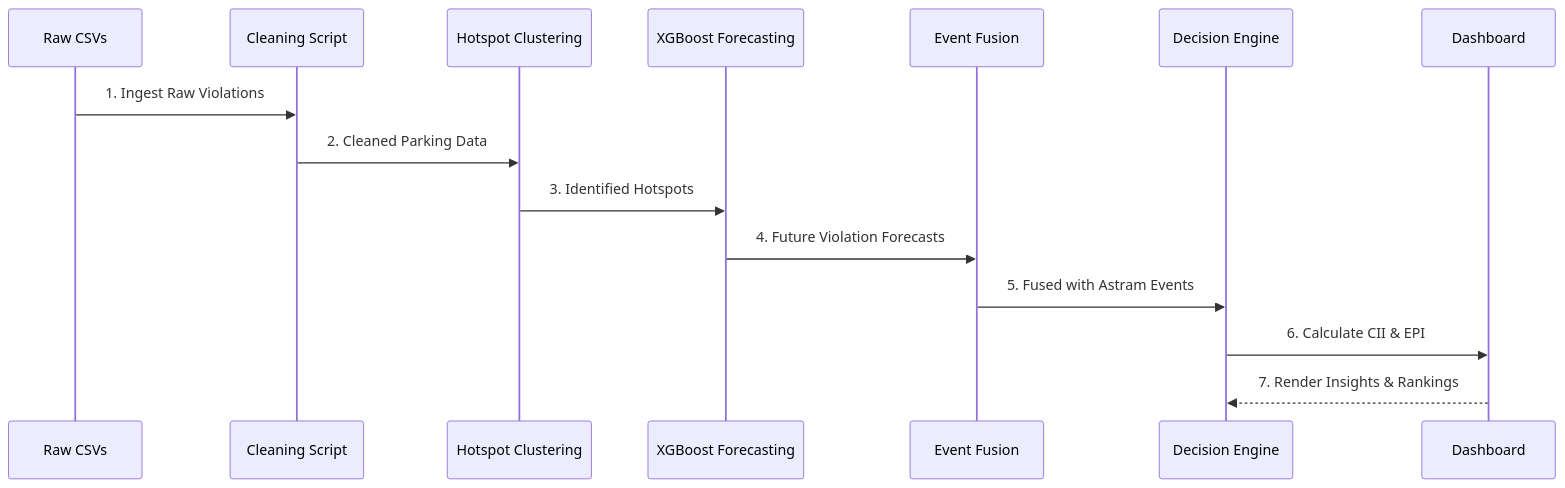
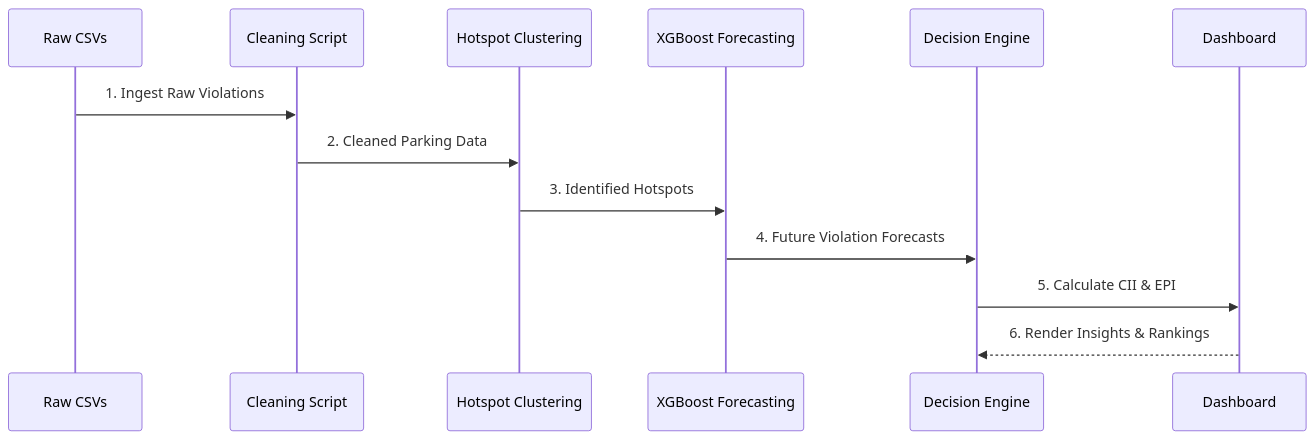
One commit to sanyam-15/Parkplus changed the second of 2 diagrams in README.md. Above: the diagram before and after it, drawn with Mermaid. The commit also changed other lines of this file, not shown here.

````diff
--- a/README.md
+++ b/README.md
@@ -76,18 +75,16 @@
 ```mermaid
 sequenceDiagram
     participant Data as Raw CSVs
     participant Clean as Cleaning Script
     participant Cluster as Hotspot Clustering
     participant ML as XGBoost Forecasting
-    participant Fusion as Event Fusion
     participant Engine as Decision Engine
     participant UI as Dashboard
 
     Data->>Clean: 1. Ingest Raw Violations
     Clean->>Cluster: 2. Cleaned Parking Data
     Cluster->>ML: 3. Identified Hotspots
-    ML->>Fusion: 4. Future Violation Forecasts
-    Fusion->>Engine: 5. Fused with Astram Events
-    Engine->>UI: 6. Calculate CII & EPI
-    UI-->>Engine: 7. Render Insights & Rankings
+    ML->>Engine: 4. Future Violation Forecasts
+    Engine->>UI: 5. Calculate CII & EPI
+    UI-->>Engine: 6. Render Insights & Rankings
 ```
````
